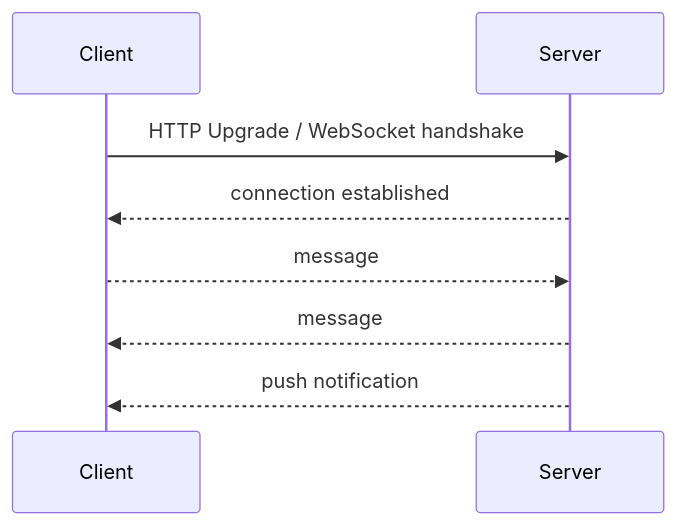
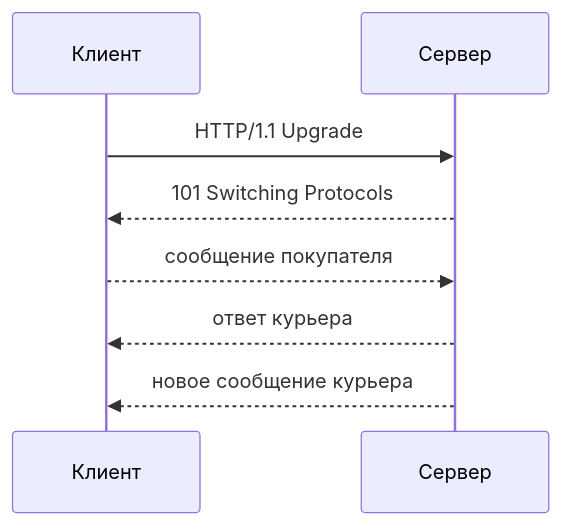
Before and after one commit to Kert0n/KPO: the ninth of 10 diagrams in content/lectures/Lec10/vitepress.md, drawn with Mermaid. The commit also changed other lines of this file, not shown here.

Commit message:
Редактура курса: Лекция 10. Семантика клиент-серверного и межсервисного обмена

````diff
--- a/content/lectures/Lec10/vitepress.md
+++ b/content/lectures/Lec10/vitepress.md
@@ -1124,10 +859,10 @@
 ```mermaid
 sequenceDiagram
-    participant Client as Client
-    participant Server as Server
-    Client->>Server: HTTP Upgrade / WebSocket handshake
-    Server-->>Client: connection established
-    Client-->>Server: message
-    Server-->>Client: message
-    Server-->>Client: push notification
+    participant Client as Клиент
+    participant Server as Сервер
+    Client->>Server: HTTP/1.1 Upgrade
+    Server-->>Client: 101 Switching Protocols
+    Client-->>Server: сообщение покупателя
+    Server-->>Client: ответ курьера
+    Server-->>Client: новое сообщение курьера
 ```
````
